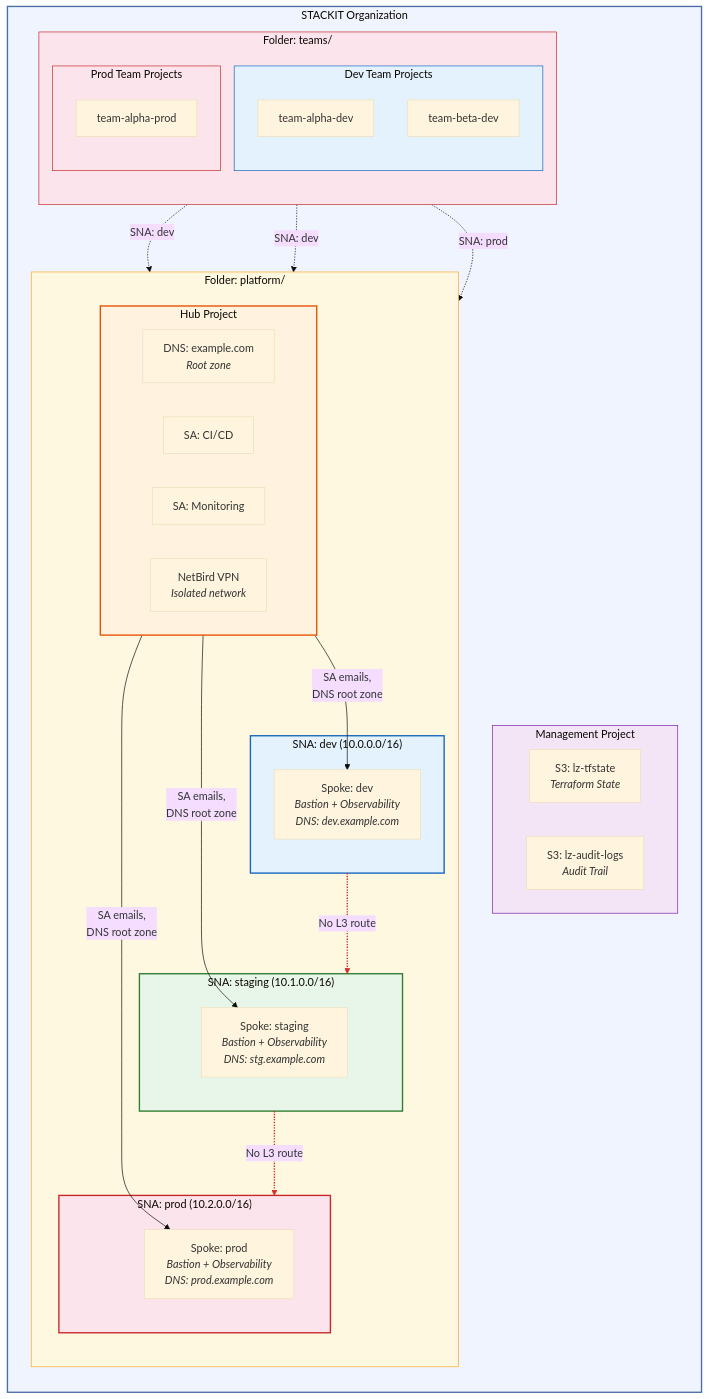
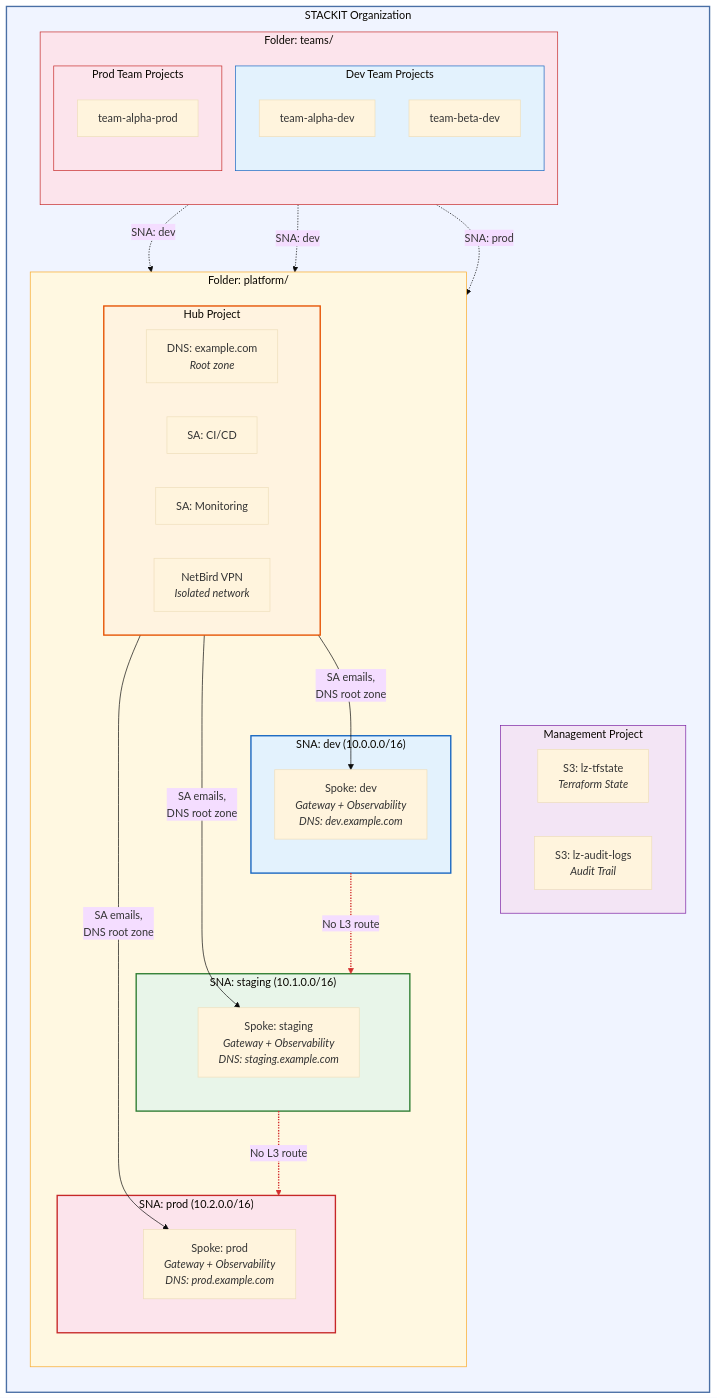
One commit to Liquid-Reply/stackit-landingzone changed the first of 12 diagrams in docs/architecture.md. Above: the diagram before and after it, drawn with Mermaid (base theme). The commit also changed other lines of this file and 40 other files, not shown here.

````diff
--- a/docs/architecture.md
+++ b/docs/architecture.md
@@ -5,69 +5,69 @@
 ```mermaid
 graph TB
     subgraph org["STACKIT Organization"]
         direction TB
 
         subgraph mgmt["Management Project"]
             tfstate["S3: lz-tfstate<br/><i>Terraform State</i>"]
             audit["S3: lz-audit-logs<br/><i>Audit Trail</i>"]
         end
 
         subgraph platform["Folder: platform/"]
             direction TB
 
             subgraph hub["Hub Project"]
                 direction LR
                 dns_root["DNS: example.com<br/><i>Root zone</i>"]
                 sa_cicd["SA: CI/CD"]
                 sa_mon["SA: Monitoring"]
                 netbird_srv["NetBird VPN<br/><i>Isolated network</i>"]
             end
 
             subgraph sna_dev["SNA: dev (10.0.0.0/16)"]
-                spoke_dev["Spoke: dev<br/><i>Bastion + Observability</i><br/><i>DNS: dev.example.com</i>"]
+                spoke_dev["Spoke: dev<br/><i>Gateway + Observability</i><br/><i>DNS: dev.example.com</i>"]
             end
 
             subgraph sna_stg["SNA: staging (10.1.0.0/16)"]
-                spoke_stg["Spoke: staging<br/><i>Bastion + Observability</i><br/><i>DNS: stg.example.com</i>"]
+                spoke_stg["Spoke: staging<br/><i>Gateway + Observability</i><br/><i>DNS: staging.example.com</i>"]
             end
 
             subgraph sna_prod["SNA: prod (10.2.0.0/16)"]
-                spoke_prod["Spoke: prod<br/><i>Bastion + Observability</i><br/><i>DNS: prod.example.com</i>"]
+                spoke_prod["Spoke: prod<br/><i>Gateway + Observability</i><br/><i>DNS: prod.example.com</i>"]
             end
         end
 
         subgraph teams["Folder: teams/"]
             direction TB
             subgraph dev_teams["Dev Team Projects"]
                 alpha_dev["team-alpha-dev"]
                 beta_dev["team-beta-dev"]
             end
             subgraph prod_teams["Prod Team Projects"]
                 alpha_prod["team-alpha-prod"]
             end
         end
     end
 
     hub -->|"SA emails,<br/>DNS root zone"| spoke_dev & spoke_stg & spoke_prod
 
     alpha_dev -.->|"SNA: dev"| sna_dev
     beta_dev -.->|"SNA: dev"| sna_dev
     alpha_prod -.->|"SNA: prod"| sna_prod
 
     sna_dev -.->|"No L3 route"| sna_stg
     sna_stg -.->|"No L3 route"| sna_prod
 
     style org fill:#f0f4ff,stroke:#4a6fa5,stroke-width:2px
     style hub fill:#fff3e0,stroke:#e65100,stroke-width:2px
     style mgmt fill:#f3e5f5,stroke:#7b1fa2,stroke-width:1px
     style platform fill:#fff8e1,stroke:#f9a825,stroke-width:1px
     style teams fill:#fce4ec,stroke:#c62828,stroke-width:1px
     style sna_dev fill:#e3f2fd,stroke:#1565c0,stroke-width:2px
     style sna_stg fill:#e8f5e9,stroke:#2e7d32,stroke-width:2px
     style sna_prod fill:#fce4ec,stroke:#c62828,stroke-width:2px
     style dev_teams fill:#e3f2fd,stroke:#1565c0,stroke-width:1px
     style prod_teams fill:#fce4ec,stroke:#c62828,stroke-width:1px
 
     linkStyle 6 stroke:#d32f2f,stroke-width:2px
     linkStyle 7 stroke:#d32f2f,stroke-width:2px
 ```
````
